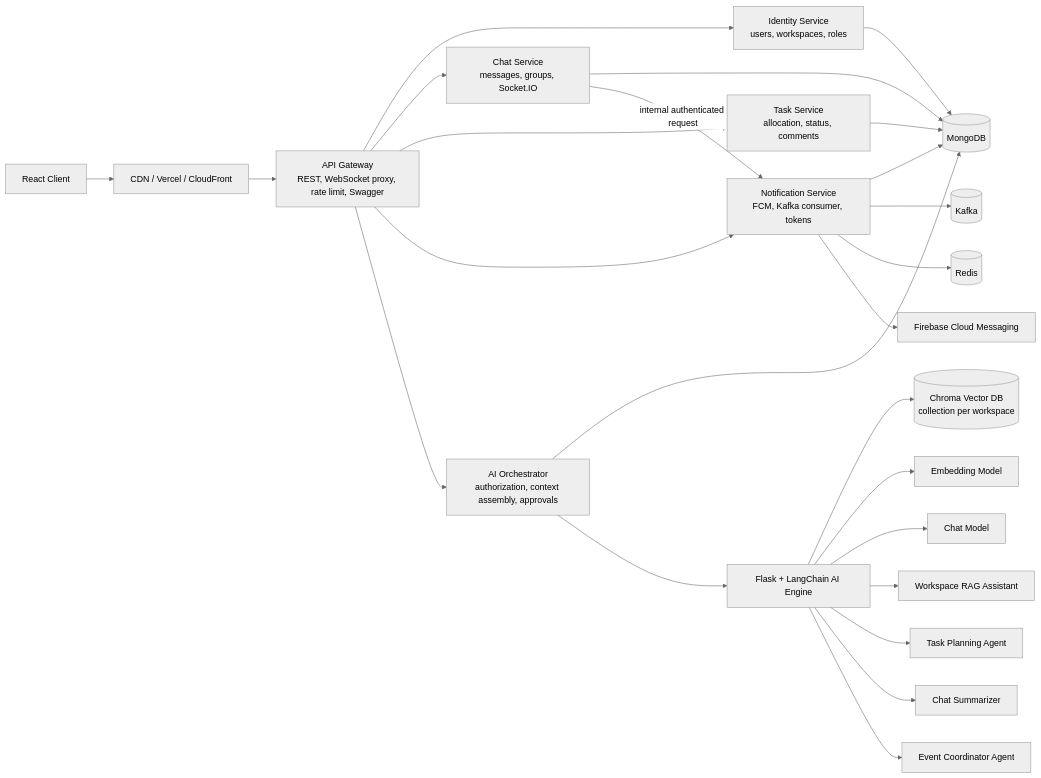
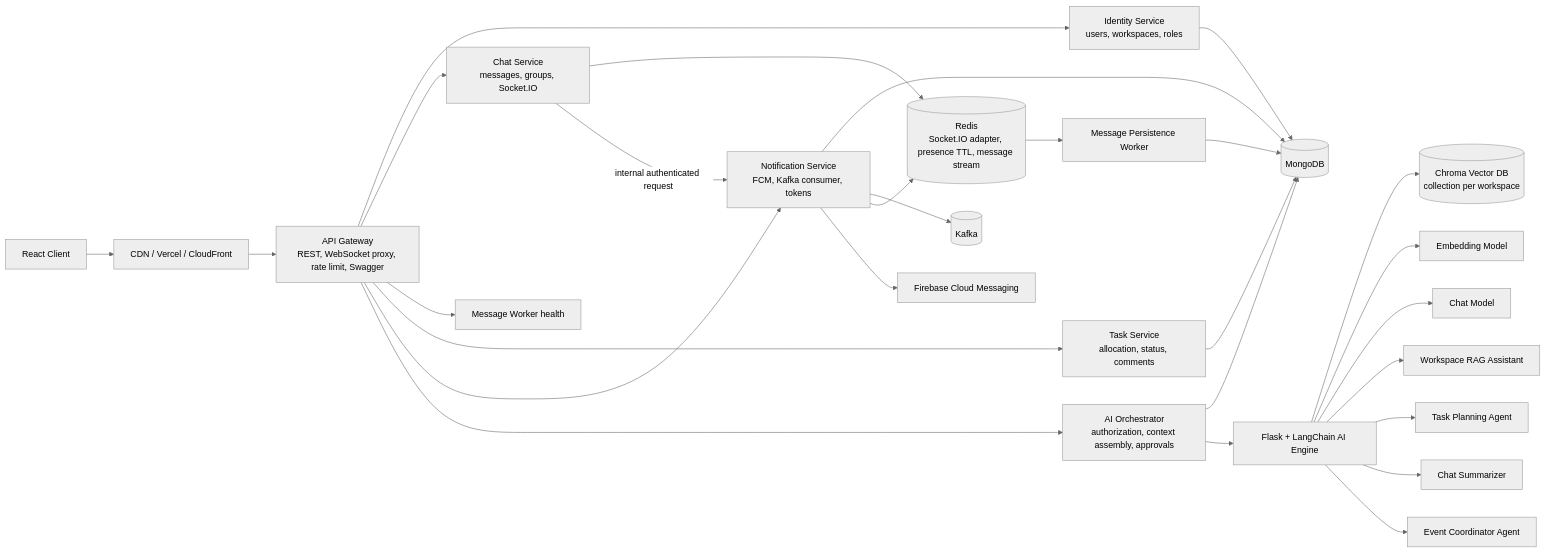
Before and after one commit to Akshanshkaushal/ComConnect: the first of 9 diagrams in docs/architecture-guide.md, drawn with Mermaid (neutral theme). The commit also changed other lines of this file and 34 other files, not shown here.

Commit message:
microsrvices architecture

````diff
--- a/docs/architecture-guide.md
+++ b/docs/architecture-guide.md
@@ -26,32 +28,35 @@
 ```mermaid
 flowchart LR
   Browser["React Client"] --> Edge["CDN / Vercel / CloudFront"]
   Edge --> Gateway["API Gateway<br/>REST, WebSocket proxy, rate limit, Swagger"]
 
   Gateway --> Identity["Identity Service<br/>users, workspaces, roles"]
   Gateway --> Chat["Chat Service<br/>messages, groups, Socket.IO"]
+  Gateway --> WorkerHealth["Message Worker health"]
   Gateway --> Tasks["Task Service<br/>allocation, status, comments"]
   Gateway --> Notify["Notification Service<br/>FCM, Kafka consumer, tokens"]
   Gateway --> AIAPI["AI Orchestrator<br/>authorization, context assembly, approvals"]
 
   Identity --> Mongo[("MongoDB")]
-  Chat --> Mongo
+  Chat --> Redis[("Redis<br/>Socket.IO adapter, presence TTL, message stream")]
+  Redis --> Worker["Message Persistence Worker"]
+  Worker --> Mongo
   Tasks --> Mongo
   Notify --> Mongo
   AIAPI --> Mongo
 
   Chat -->|"internal authenticated request"| Notify
   Notify --> Kafka[("Kafka")]
-  Notify --> Redis[("Redis")]
+  Notify --> Redis
   Notify --> Firebase["Firebase Cloud Messaging"]
 
   AIAPI --> AIEngine["Flask + LangChain AI Engine"]
   AIEngine --> Chroma[("Chroma Vector DB<br/>collection per workspace")]
   AIEngine --> Embeddings["Embedding Model"]
   AIEngine --> LLM["Chat Model"]
 
   AIEngine --> RAG["Workspace RAG Assistant"]
   AIEngine --> Planner["Task Planning Agent"]
   AIEngine --> Summary["Chat Summarizer"]
   AIEngine --> Coordinator["Event Coordinator Agent"]
 ```
````
